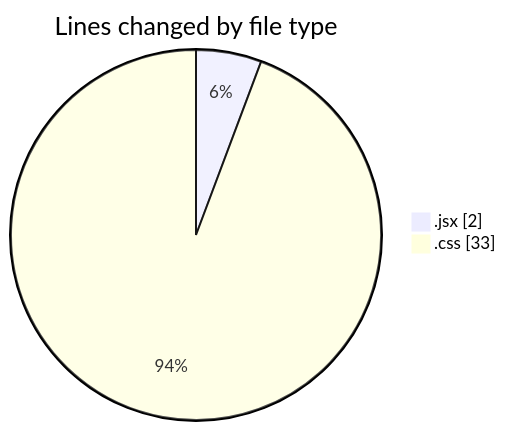
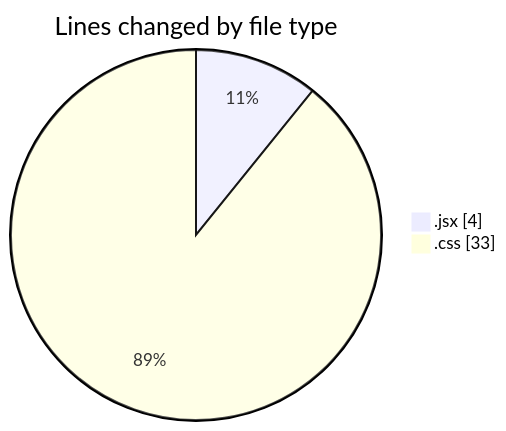
Before and after one commit to Elitesun/code-tracking: the first of 2 diagrams in 2025-02-09/react_ecom/README.md, drawn with Mermaid. The commit also changed other lines of this file and 1 other file, not shown here.

````diff
--- a/2025-02-09/react_ecom/README.md
+++ b/2025-02-09/react_ecom/README.md
@@ -21,6 +22,6 @@
 ```mermaid
 pie showData
 title Lines changed by file type
-".jsx" : 2
+".jsx" : 4
 ".css" : 33
 ```
````
